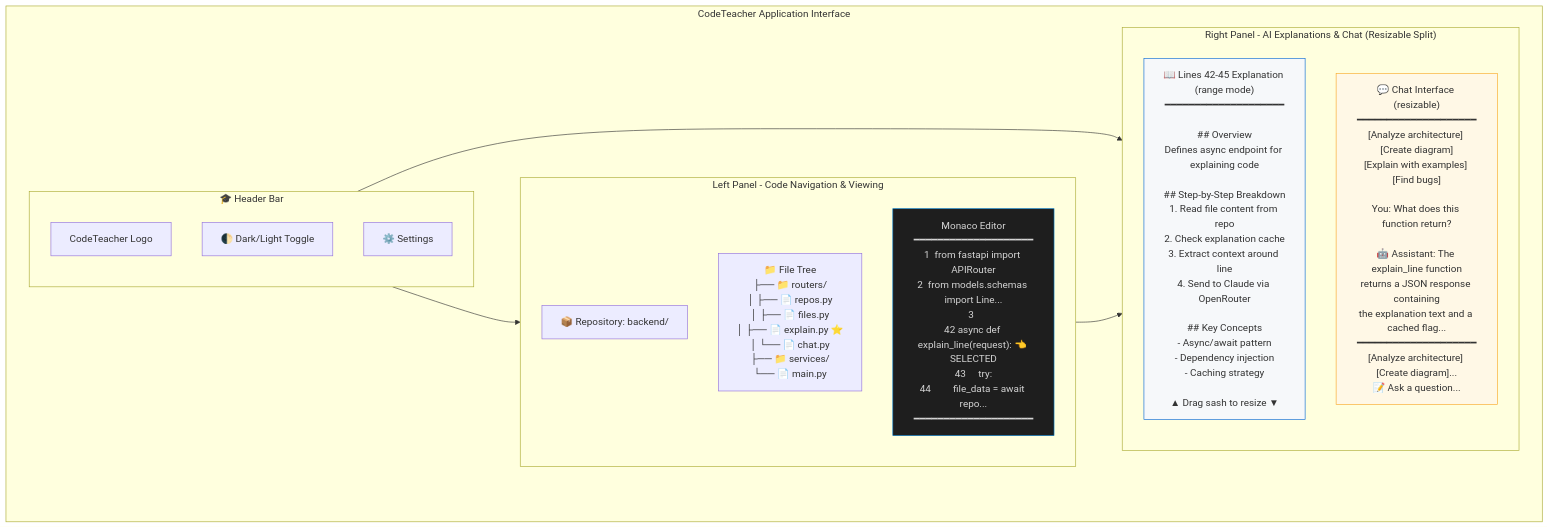
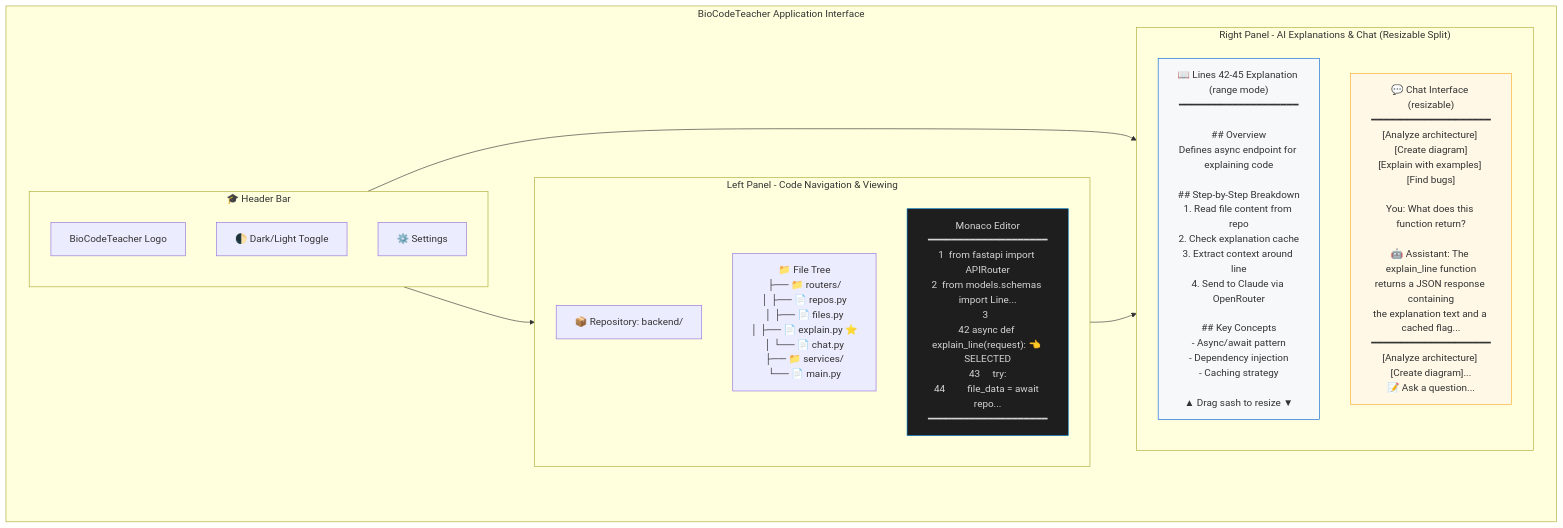
The first of 7 diagrams in SYSTEM_OVERVIEW.md (alexs42/BioCodeTeacher), drawn with Mermaid before and after one commit. The commit also changed other lines of this file and 35 other files, not shown here.

First line of the commit message:
BioCodeTeacher v0.42: macOS build, splash screen, bug fixes, and docs overhaul

````diff
--- a/SYSTEM_OVERVIEW.md
+++ b/SYSTEM_OVERVIEW.md
@@ -5,29 +5,29 @@
 ```mermaid
 graph TB
-    subgraph UI["CodeTeacher Application Interface"]
+    subgraph UI["BioCodeTeacher Application Interface"]
         subgraph Header["🎓 Header Bar"]
-            Logo["CodeTeacher Logo"]
+            Logo["BioCodeTeacher Logo"]
             Theme["🌓 Dark/Light Toggle"]
             Settings["⚙️ Settings"]
         end
 
         subgraph LeftPanel["Left Panel - Code Navigation & Viewing"]
             RepoInfo["📦 Repository: backend/"]
             FileTree["📁 File Tree<br/>├── 📁 routers/<br/>│   ├── 📄 repos.py<br/>│   ├── 📄 files.py<br/>│   ├── 📄 explain.py ⭐<br/>│   └── 📄 chat.py<br/>├── 📁 services/<br/>└── 📄 main.py"]
             Editor["Monaco Editor<br/>━━━━━━━━━━━━━━━━━━━━<br/>1  from fastapi import APIRouter<br/>2  from models.schemas import Line...<br/>3  <br/>42 async def explain_line(request): 👈 SELECTED<br/>43     try:<br/>44         file_data = await repo...<br/>━━━━━━━━━━━━━━━━━━━━"]
         end
 
         subgraph RightPanel["Right Panel - AI Explanations & Chat (Resizable Split)"]
             ExplainSection["📖 Lines 42-45 Explanation (range mode)<br/>━━━━━━━━━━━━━━━━━━━━<br/><br/>## Overview<br/>Defines async endpoint for explaining code<br/><br/>## Step-by-Step Breakdown<br/>1. Read file content from repo<br/>2. Check explanation cache<br/>3. Extract context around line<br/>4. Send to Claude via OpenRouter<br/><br/>## Key Concepts<br/>- Async/await pattern<br/>- Dependency injection<br/>- Caching strategy<br/><br/>▲ Drag sash to resize ▼"]
             ChatSection["💬 Chat Interface (resizable)<br/>━━━━━━━━━━━━━━━━━━━━<br/>[Analyze architecture] [Create diagram]<br/>[Explain with examples] [Find bugs]<br/><br/>You: What does this function return?<br/><br/>🤖 Assistant: The explain_line function<br/>returns a JSON response containing<br/>the explanation text and a cached flag...<br/>━━━━━━━━━━━━━━━━━━━━<br/>[Analyze architecture] [Create diagram]...<br/>📝 Ask a question..."]
         end
     end
 
     Header --> LeftPanel
     Header --> RightPanel
     LeftPanel --> RightPanel
 
     style Editor fill:#1e1e1e,stroke:#007acc,color:#d4d4d4
     style ExplainSection fill:#f6f8fa,stroke:#0366d6
     style ChatSection fill:#fff8e6,stroke:#f9a825
 ```
````
